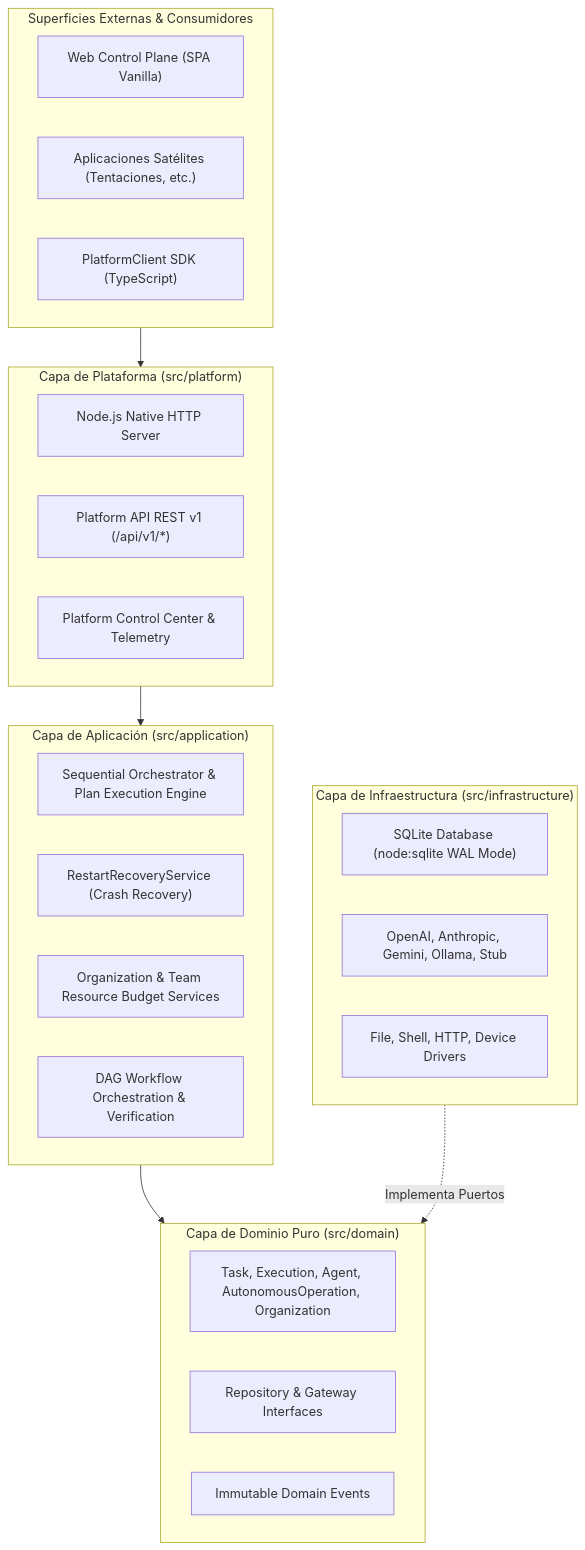
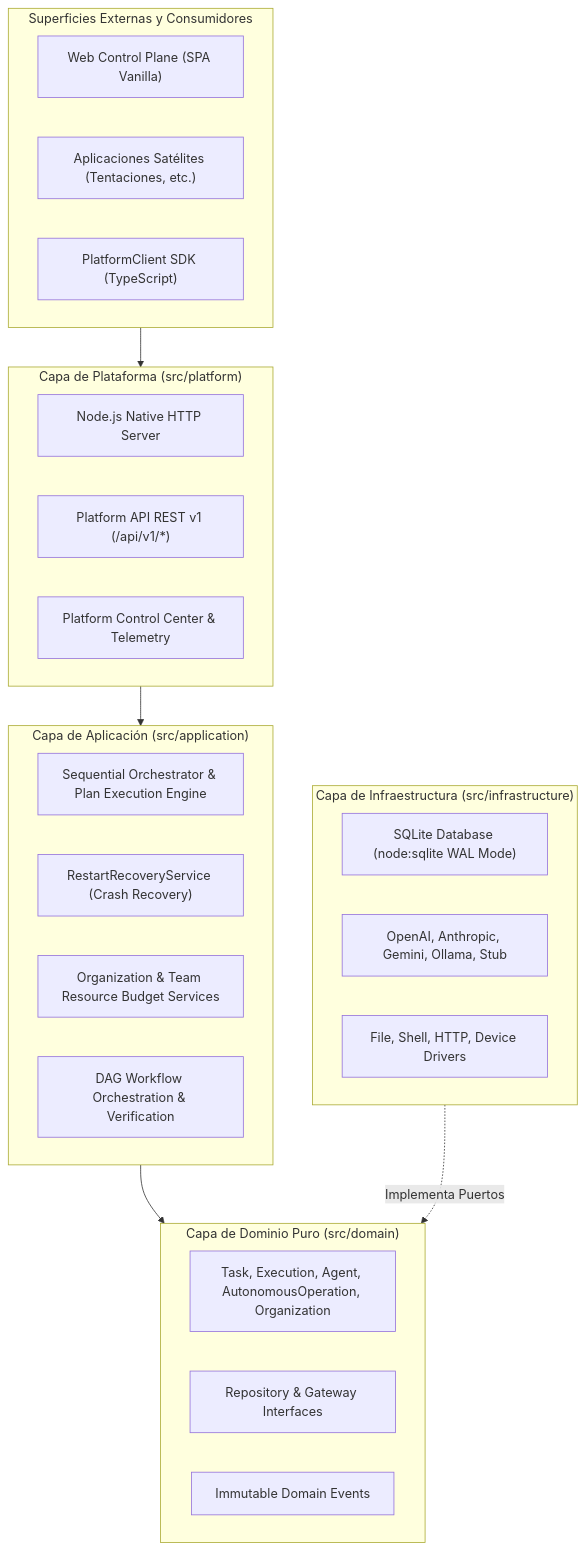
Before and after one commit to johangonzahenri/ai-operating-platform: the second of 2 diagrams in ARCHITECTURE.md, drawn with Mermaid. The commit also changed other lines of this file and 9 other files, not shown here.

Commit message:
docs(i18n): traducir docs raíz y de arquitectura a es-419 con diagramas Mermaid

````diff
--- a/ARCHITECTURE.md
+++ b/ARCHITECTURE.md
@@ -23,38 +25,38 @@
 ```mermaid
 flowchart TD
-    subgraph ClientLayer["Superficies Externas & Consumidores"]
+    subgraph ClientLayer["Superficies Externas y Consumidores"]
         WebSPA["Web Control Plane (SPA Vanilla)"]
         SatelliteApps["Aplicaciones Satélites (Tentaciones, etc.)"]
         SDK["PlatformClient SDK (TypeScript)"]
     end
 
     subgraph PlatformLayer["Capa de Plataforma (src/platform)"]
         HttpServer["Node.js Native HTTP Server"]
         ApiV1["Platform API REST v1 (/api/v1/*)"]
         ControlCenter["Platform Control Center & Telemetry"]
     end
 
     subgraph AppLayer["Capa de Aplicación (src/application)"]
         Orchestration["Sequential Orchestrator & Plan Execution Engine"]
         Recovery["RestartRecoveryService (Crash Recovery)"]
         VirtualOrg["Organization & Team Resource Budget Services"]
         WorkflowGov["DAG Workflow Orchestration & Verification"]
     end
 
     subgraph DomainLayer["Capa de Dominio Puro (src/domain)"]
         Aggregates["Task, Execution, Agent, AutonomousOperation, Organization"]
         Ports["Repository & Gateway Interfaces"]
         Events["Immutable Domain Events"]
     end
 
     subgraph InfraLayer["Capa de Infraestructura (src/infrastructure)"]
         SqliteEngine["SQLite Database (node:sqlite WAL Mode)"]
         ModelGateways["OpenAI, Anthropic, Gemini, Ollama, Stub"]
         ToolAdapters["File, Shell, HTTP, Device Drivers"]
     end
 
     ClientLayer --> PlatformLayer
     PlatformLayer --> AppLayer
     AppLayer --> DomainLayer
     InfraLayer -.->|Implementa Puertos| DomainLayer
 ```
````
